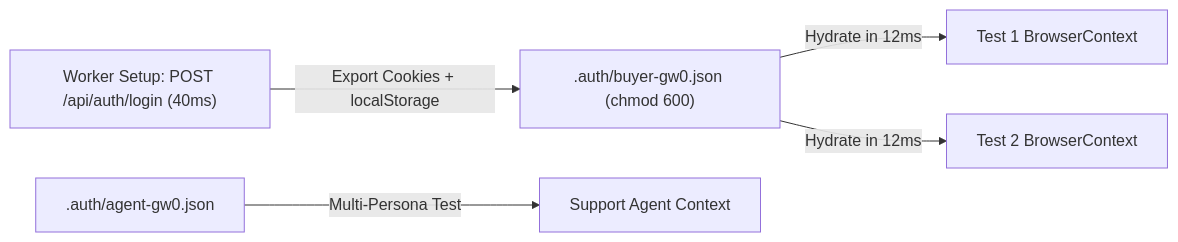
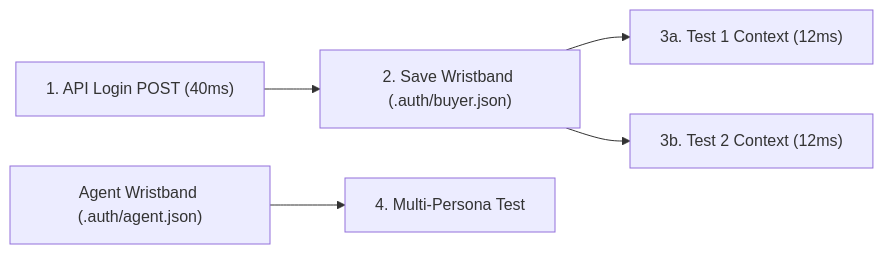
Before and after one commit to manjunathk833/codingforinterviews: the diagram in knowledgebase/03-ui-automation-playwright/06-zero-ui-auth-storage-state-and-personas.md, drawn with Mermaid. The commit also changed other lines of this file and 55 other files, not shown here.

````diff
--- a/knowledgebase/03-ui-automation-playwright/06-zero-ui-auth-storage-state-and-personas.md
+++ b/knowledgebase/03-ui-automation-playwright/06-zero-ui-auth-storage-state-and-personas.md
@@ -73,7 +111,7 @@
 ```mermaid
 flowchart LR
-  Setup["Worker Setup: POST /api/auth/login (40ms)"] -->|Export Cookies + localStorage| File[".auth/buyer-gw0.json (chmod 600)"]
-  File -->|Hydrate in 12ms| Ctx1["Test 1 BrowserContext"]
-  File -->|Hydrate in 12ms| Ctx2["Test 2 BrowserContext"]
-  AgentFile[".auth/agent-gw0.json"] -->|Multi-Persona Test| AgentCtx["Support Agent Context"]
+  API["1. API Login POST (40ms)"] --> JSON["2. Save Wristband (.auth/buyer.json)"]
+  JSON --> T1["3a. Test 1 Context (12ms)"]
+  JSON --> T2["3b. Test 2 Context (12ms)"]
+  Agent["Agent Wristband (.auth/agent.json)"] --> Multi["4. Multi-Persona Test"]
 ```
````
